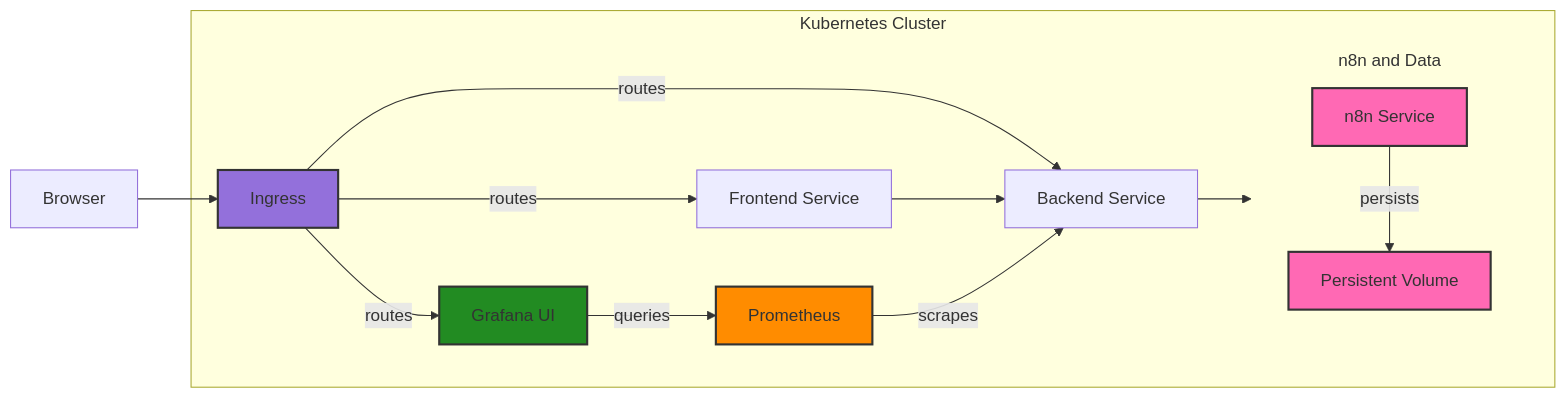
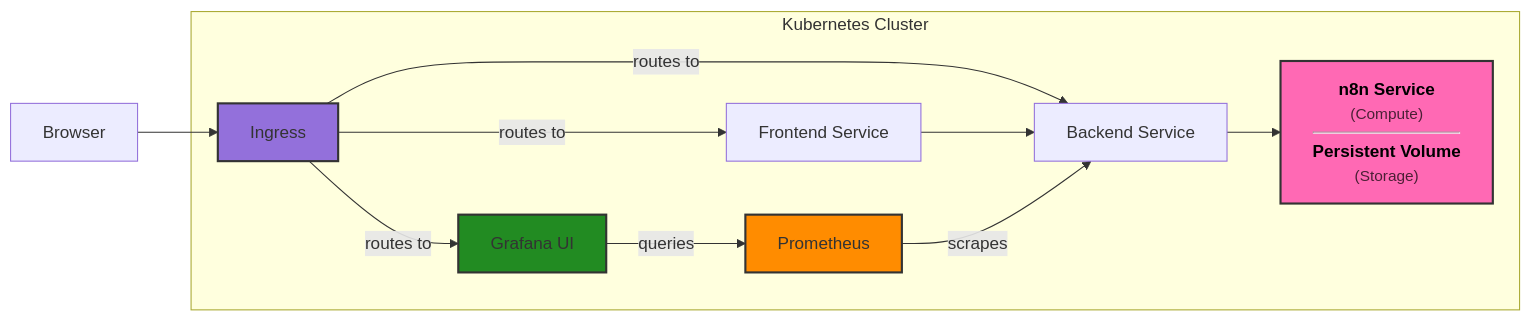
Before and after one commit to dev-ahmed-abdelmohsen/DEPI-Round3-Project: the second of 2 diagrams in docs/KUBERNETES.md, drawn with Mermaid.

Commit message:
Update Kubernetes architecture diagram in docs
Simplified and unified the n8n service and persistent volume nodes in the Mermaid diagram. Improved flow clarity and updated styles for better visualization of component relationships.

````diff
--- a/docs/KUBERNETES.md
+++ b/docs/KUBERNETES.md
@@ -115,35 +115,27 @@
 ```mermaid
 flowchart LR
-    User[Browser] --> Ingress
+    User[Browser] --> Ingress;
 
-    subgraph k8s [Kubernetes Cluster]
-        %% 1. Define the Vertical Stack FIRST to lock in the layout
-        subgraph N8nStack [n8n and Data]
-            direction TB
-            N8nSvc[n8n Service] -- "persists" --> PV[Persistent Volume]
-        end
+    subgraph Kubernetes Cluster
+        Ingress -- routes to --> FrontendSvc[Frontend Service];
+        Ingress -- routes to --> BackendSvc[Backend Service];
+        Ingress -- routes to --> Grafana[Grafana UI];
 
-        %% 2. Define the Horizontal Flow
-        Ingress -- routes --> FrontendSvc[Frontend Service]
-        Ingress -- routes --> BackendSvc[Backend Service]
-        Ingress -- routes --> Grafana[Grafana UI]
+        FrontendSvc --> BackendSvc;
+        
+        %% THE UNIFIED NODE
+        %% We use HTML tags <br/> for breaks and <hr/> for a horizontal line
+        BackendSvc --> N8nUnit["<div style='font-weight:bold'>n8n Service</div><div style='font-size:90%; opacity:0.7'>(Compute)</div><hr style='margin:5px 0;'/><div style='font-weight:bold'>Persistent Volume</div><div style='font-size:90%; opacity:0.7'>(Storage)</div>"];
 
-        FrontendSvc --> BackendSvc
-        %% Connect the flow to the TOP node of the vertical stack
-        BackendSvc --> N8nSvc
-        
-        %% 3. Monitoring
-        Prometheus[Prometheus] -- scrapes --> BackendSvc
-        Grafana -- queries --> Prometheus
+        Prometheus[Prometheus] -- scrapes --> BackendSvc;
+        Grafana -- "queries" --> Prometheus;
     end
 
     %% Styles
     style Ingress fill:#9370DB,stroke:#333,stroke-width:2px
     style Grafana fill:#228B22,stroke:#333,stroke-width:2px
     style Prometheus fill:#FF8C00,stroke:#333,stroke-width:2px
-    style N8nSvc fill:#FF69B4,stroke:#333,stroke-width:2px
-    style PV fill:#FF69B4,stroke:#333,stroke-width:2px
     
-    %% Style the container to be transparent
-    style N8nStack fill:none,stroke:none
+    %% Style the new Unified Unit
+    style N8nUnit fill:#FF69B4,stroke:#333,stroke-width:2px,color:black,align:center
 ```
````
